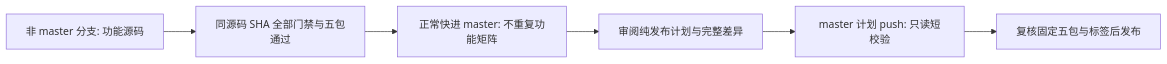
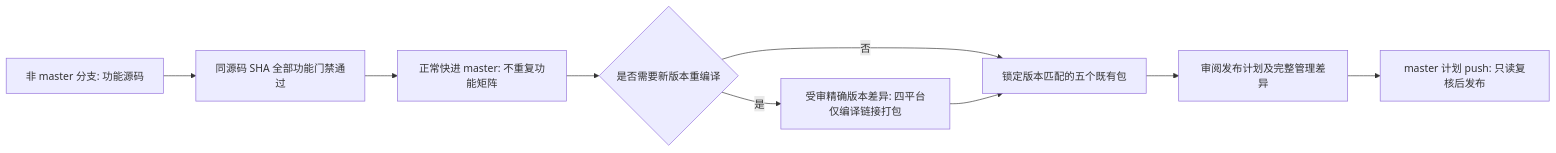
Before and after one commit to barry-ran/peerloom: the diagram in docs/发布与分支清理模块.md, drawn with Mermaid. The commit also changed other lines of this file and 7 other files, not shown here.

````diff
--- a/docs/发布与分支清理模块.md
+++ b/docs/发布与分支清理模块.md
@@ -11,8 +11,11 @@
 ```mermaid
 flowchart LR
-  A[非 master 分支: 功能源码] --> B[同源码 SHA 全部门禁与五包通过]
+  A[非 master 分支: 功能源码] --> B[同源码 SHA 全部功能门禁通过]
   B --> C[正常快进 master: 不重复功能矩阵]
-  C --> D[审阅纯发布计划与完整差异]
-  D --> E[master 计划 push: 只读短校验]
-  E --> F[复核固定五包与标签后发布]
+  C --> D{是否需要新版本重编译}
+  D -->|否| E[锁定版本匹配的五个既有包]
+  D -->|是| F[受审精确版本差异: 四平台仅编译链接打包]
+  F --> E
+  E --> G[审阅发布计划及完整管理差异]
+  G --> H[master 计划 push: 只读复核后发布]
 ```
````
